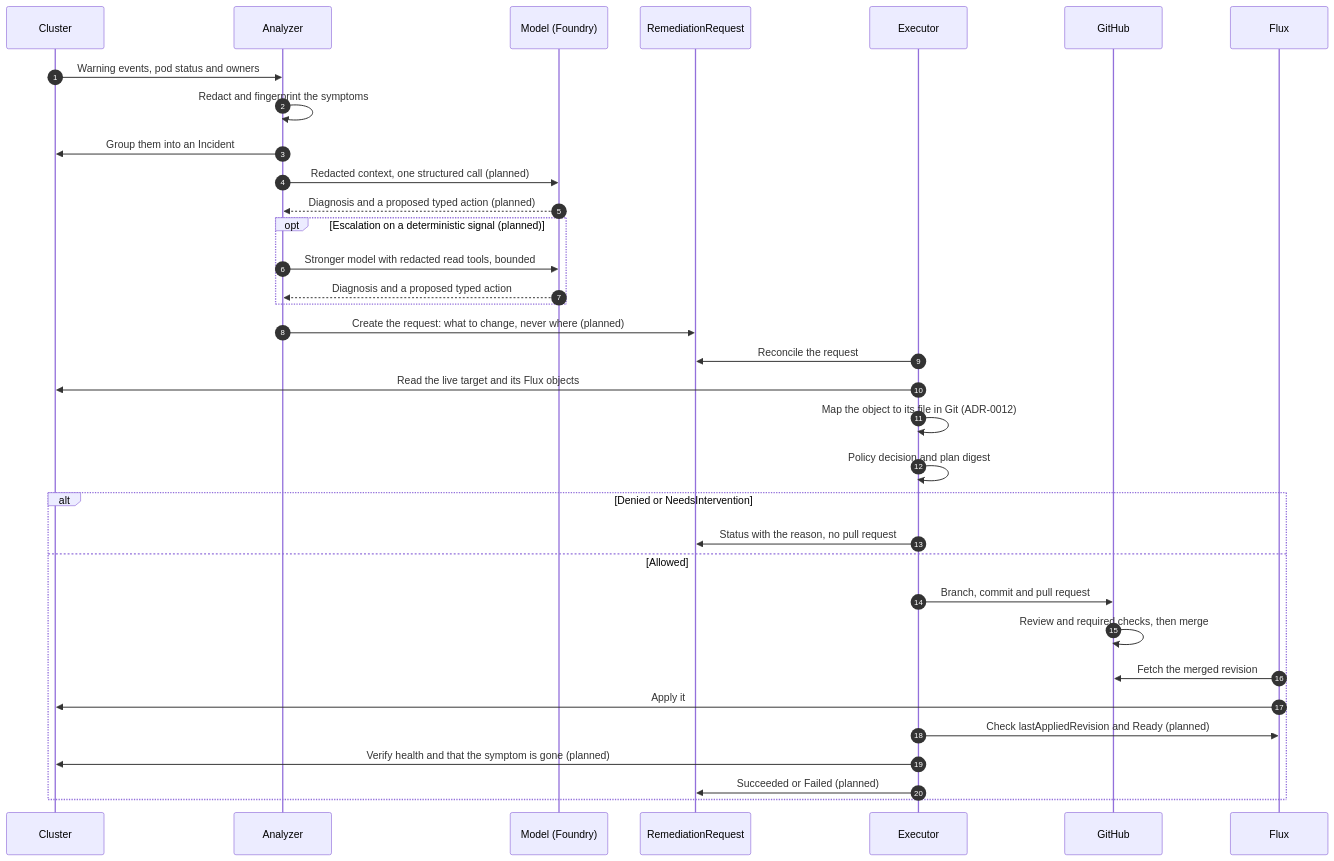
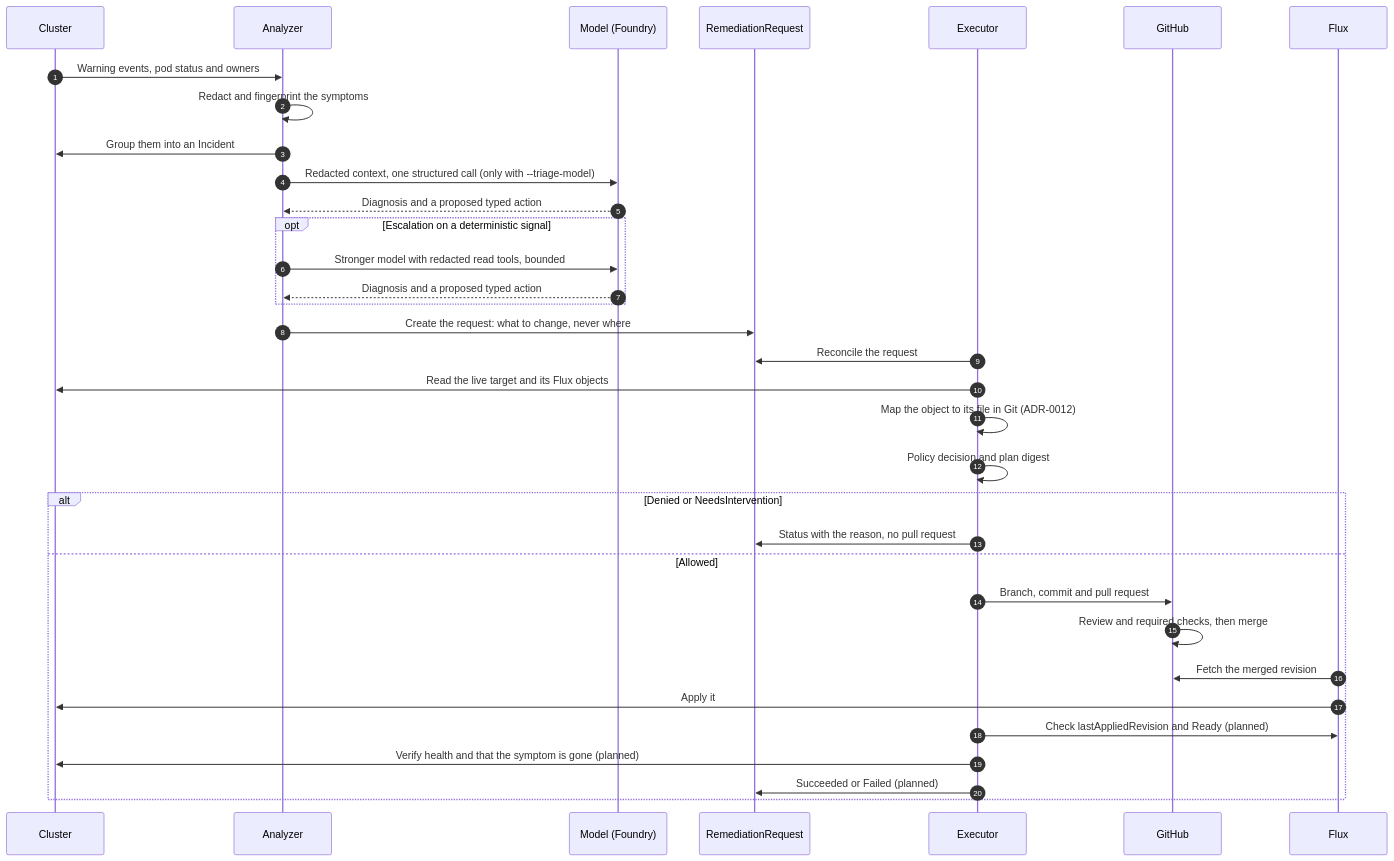
The diagram in docs/design/2-architecture.md (pkalin/shadewright), drawn with Mermaid before and after one commit. The commit also changed other lines of this file and 54 other files, not shown here.

First line of the commit message:
feat(analyzer): start the analysis loop with the Foundry adapter behind --triage-model (#421)

````diff
--- a/docs/design/2-architecture.md
+++ b/docs/design/2-architecture.md
@@ -11,36 +11,36 @@
 ```mermaid
 sequenceDiagram
     autonumber
     participant K as Cluster
     participant A as Analyzer
     participant M as Model (Foundry)
     participant R as RemediationRequest
     participant E as Executor
     participant G as GitHub
     participant F as Flux
     K->>A: Warning events, pod status and owners
     A->>A: Redact and fingerprint the symptoms
     A->>K: Group them into an Incident
-    A->>M: Redacted context, one structured call (planned)
-    M-->>A: Diagnosis and a proposed typed action (planned)
-    opt Escalation on a deterministic signal (planned)
+    A->>M: Redacted context, one structured call (only with --triage-model)
+    M-->>A: Diagnosis and a proposed typed action
+    opt Escalation on a deterministic signal
         A->>M: Stronger model with redacted read tools, bounded
         M-->>A: Diagnosis and a proposed typed action
     end
-    A->>R: Create the request: what to change, never where (planned)
+    A->>R: Create the request: what to change, never where
     E->>R: Reconcile the request
     E->>K: Read the live target and its Flux objects
     E->>E: Map the object to its file in Git (ADR-0012)
     E->>E: Policy decision and plan digest
     alt Denied or NeedsIntervention
         E->>R: Status with the reason, no pull request
     else Allowed
         E->>G: Branch, commit and pull request
         G->>G: Review and required checks, then merge
         F->>G: Fetch the merged revision
         F->>K: Apply it
         E->>F: Check lastAppliedRevision and Ready (planned)
         E->>K: Verify health and that the symptom is gone (planned)
         E->>R: Succeeded or Failed (planned)
     end
 ```
````
